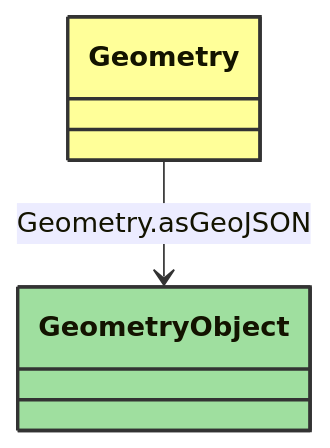
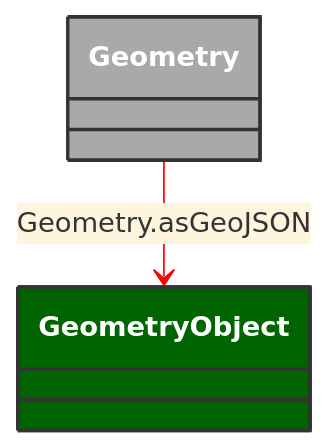
Before and after one commit to 3lbits/NoCIMExtensions: the diagram in docs/Models/Profiles/WattApp/ConcreteClasses/GeometryObject.md, drawn with Mermaid. The commit also changed 16 other files, not shown here.

Commit message:
Fixed mermaid colors and footer issue

````diff
--- a/docs/Models/Profiles/WattApp/ConcreteClasses/GeometryObject.md
+++ b/docs/Models/Profiles/WattApp/ConcreteClasses/GeometryObject.md
@@ -8,15 +8,16 @@
 ```mermaid
+%%{init: {'theme':'base','themeVariables': {'lineColor': '#FF0000'}}}%%
 classDiagram
     class GeometryObject
     click GeometryObject href "/Models/Profiles/WattApp/ConcreteClasses/GeometryObject/"
-    style GeometryObject fill:#9fdf9f,stroke:#333,stroke-width:2px,rx:10,ry:10
+    style GeometryObject fill:#006400,stroke:#333,stroke-width:2px,rx:10,ry:10,color:white
 
 
         Geometry --> GeometryObject : Geometry.asGeoJSON
 
         Geometry
             click Geometry href "/Models/Profiles/WattApp/ConcreteClasses/Geometry/"
-            style Geometry fill:#ffff99,stroke:#333,stroke-width:2px,rx:10,ry:10
+            style Geometry fill:#A9A9A9,stroke:#333,stroke-width:2px,rx:10,ry:10,color:white
 
 
 ```
````
